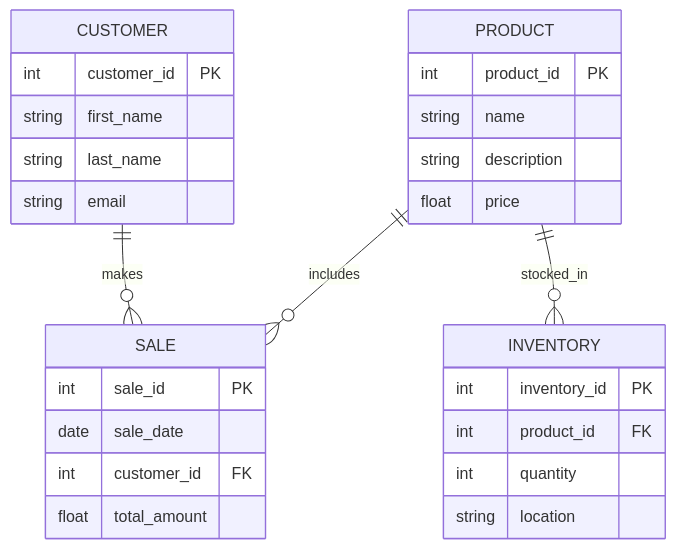
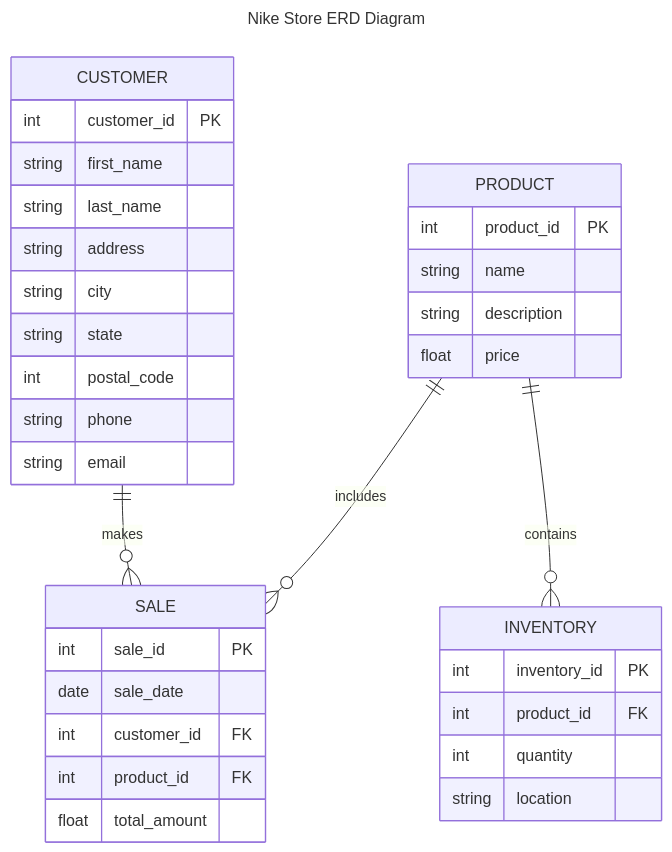
Before and after one commit to sashawaketech/sashawaketech.github.io: the diagram in NikeStore_ERD.md, drawn with Mermaid.

````diff
--- a/NikeStore_ERD.md
+++ b/NikeStore_ERD.md
@@ -2,34 +2,43 @@
 ```mermaid
+---
+title: Nike Store ERD Diagram
+---
 erDiagram
     PRODUCT {
         int product_id PK
         string name
         string description
         float price
     }
 
     CUSTOMER {
         int customer_id PK
         string first_name
         string last_name
+        string address
+        string city
+        string state
+        int postal_code
+        string phone
         string email
     }
 
     SALE {
         int sale_id PK
         date sale_date
         int customer_id FK
+        int product_id FK
         float total_amount
     }
 
     INVENTORY {
         int inventory_id PK
         int product_id FK
         int quantity
         string location
     }
 
     PRODUCT ||--o{ SALE : includes
     CUSTOMER ||--o{ SALE : makes
-    PRODUCT ||--o{ INVENTORY : stocked_in
+    PRODUCT ||--o{ INVENTORY : contains
 ```
````
